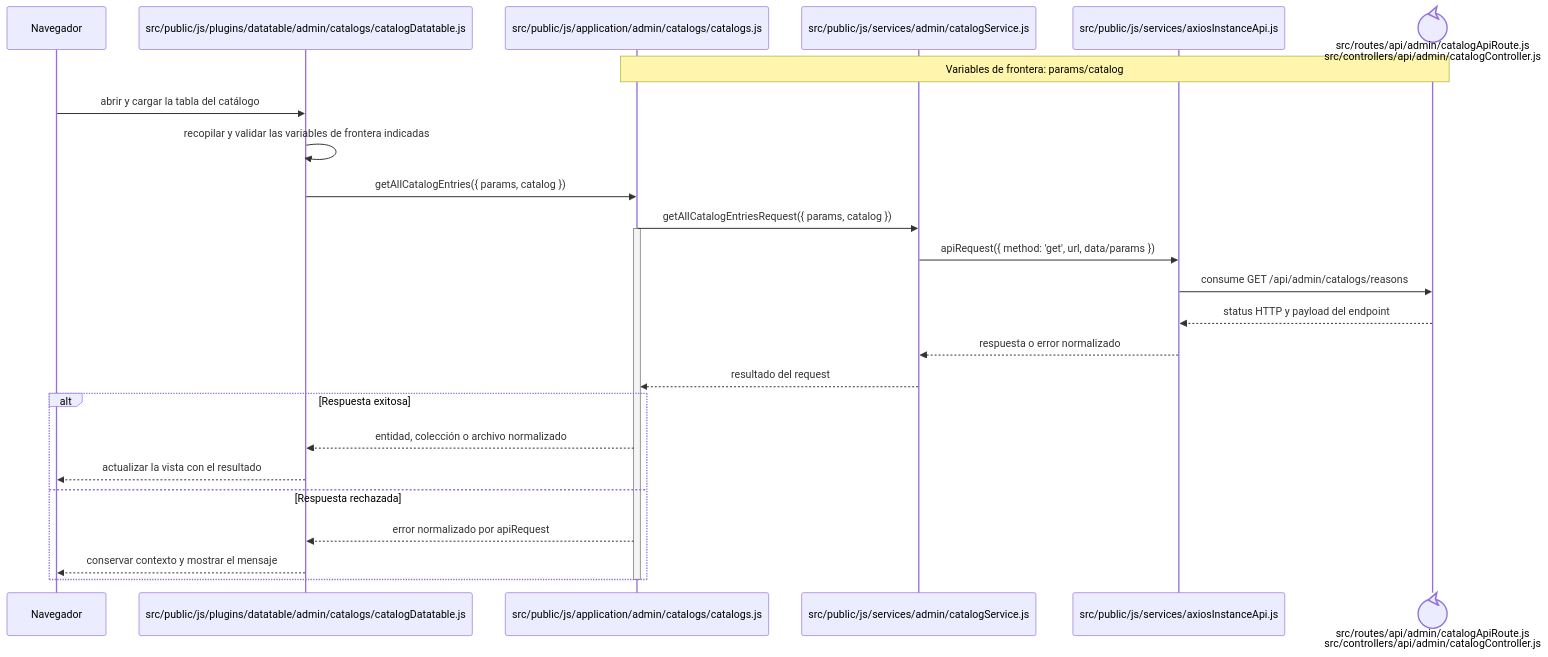
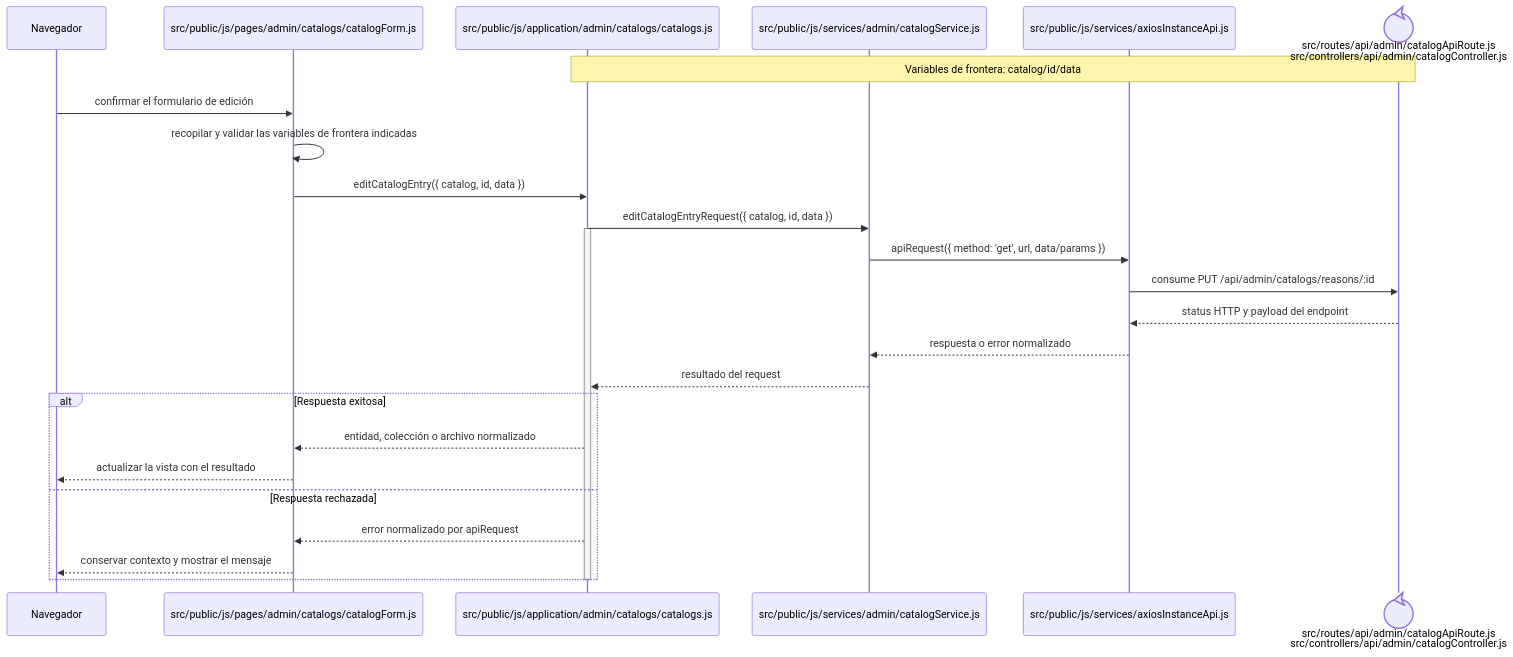
One commit to gpgsistemas01/nexus changed the diagram in docs/architecture/frontend-code-sequences/catalogs/cu-cat-39.md. Above: the diagram before and after it, drawn with Mermaid. The commit also changed other lines of this file and 207 other files, not shown here.

````diff
--- a/docs/architecture/frontend-code-sequences/catalogs/cu-cat-39.md
+++ b/docs/architecture/frontend-code-sequences/catalogs/cu-cat-39.md
@@ -6,29 +6,29 @@
 ```mermaid
 sequenceDiagram
     participant Browser as Navegador
-    participant View as src/public/js/plugins/datatable/admin/catalogs/catalogDatatable.js
+    participant View as src/public/js/pages/admin/catalogs/catalogForm.js
     participant Application as src/public/js/application/admin/catalogs/catalogs.js
     participant Request as src/public/js/services/admin/catalogService.js
     participant HTTP as src/public/js/services/axiosInstanceApi.js
     participant Transport@{ "type": "control" } as src/routes/api/admin/catalogApiRoute.js<br/>src/controllers/api/admin/catalogController.js
-    Note over Application,Transport: Variables de frontera: params/catalog
+    Note over Application,Transport: Variables de frontera: catalog/id/data
 
-    Browser->>View: abrir y cargar la tabla del catálogo
+    Browser->>View: confirmar el formulario de edición
     View->>View: recopilar y validar las variables de frontera indicadas
-    View->>Application: getAllCatalogEntries({ params, catalog })
-    Application->>Request: getAllCatalogEntriesRequest({ params, catalog })
+    View->>Application: editCatalogEntry({ catalog, id, data })
+    Application->>Request: editCatalogEntryRequest({ catalog, id, data })
     activate Application
     Request->>HTTP: apiRequest({ method: 'get', url, data/params })
-    HTTP->>Transport: consume GET /api/admin/catalogs/reasons
+    HTTP->>Transport: consume PUT /api/admin/catalogs/reasons/:id
     Transport-->>HTTP: status HTTP y payload del endpoint
     HTTP-->>Request: respuesta o error normalizado
     Request-->>Application: resultado del request
     alt Respuesta exitosa
         Application-->>View: entidad, colección o archivo normalizado
         View-->>Browser: actualizar la vista con el resultado
     else Respuesta rechazada
         Application-->>View: error normalizado por apiRequest
         View-->>Browser: conservar contexto y mostrar el mensaje
     end
     deactivate Application
 ```
````
